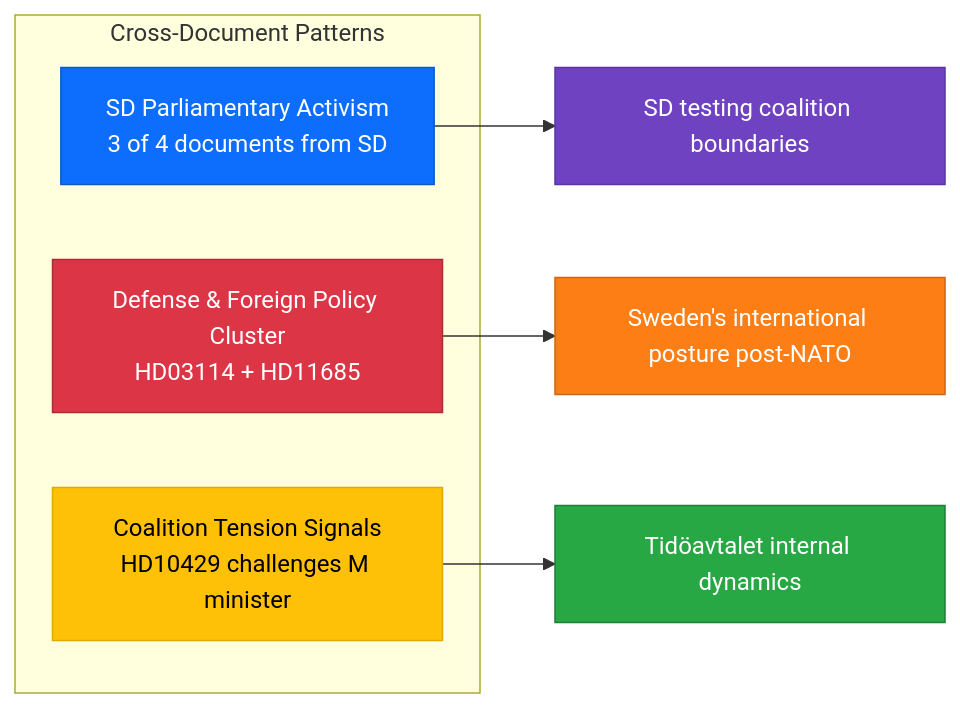
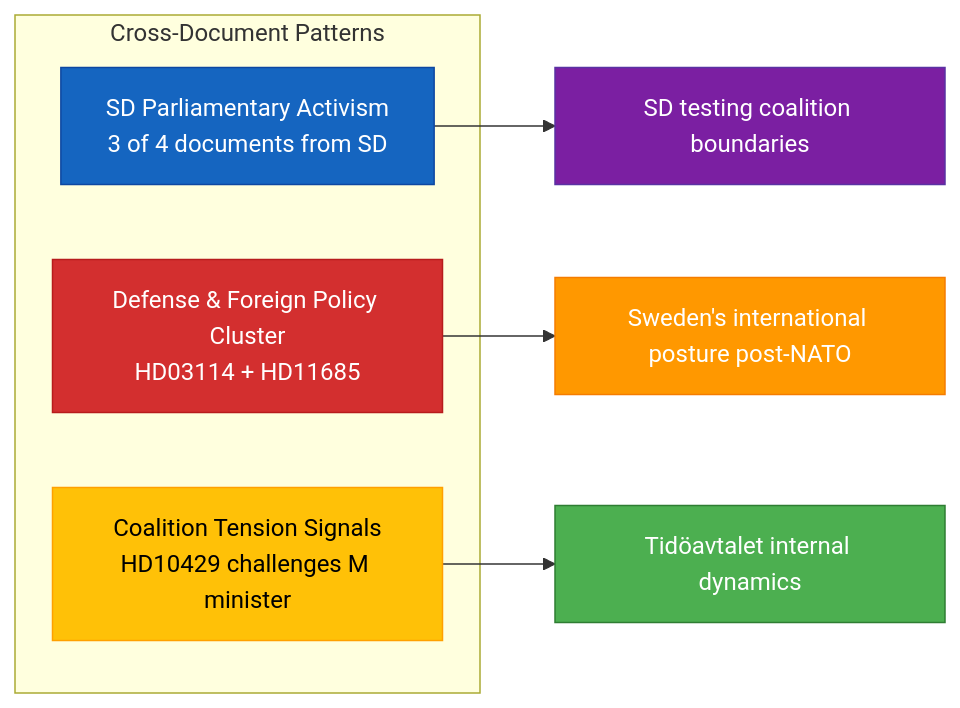
One commit to Hack23/riksdagsmonitor changed the second of 2 diagrams in analysis/daily/2026-04-07/realtime-1026/synthesis-summary.md. Above: the diagram before and after it, drawn with Mermaid. The commit also changed other lines of this file and 785 other files, not shown here.

First line of the commit message:
Normalize mermaid colors across 786 analysis artifacts to ISMS Style Guide palette

````diff
--- a/analysis/daily/2026-04-07/realtime-1026/synthesis-summary.md
+++ b/analysis/daily/2026-04-07/realtime-1026/synthesis-summary.md
@@ -72,19 +72,19 @@
 ```mermaid
 graph LR
     subgraph "Cross-Document Patterns"
         P1["SD Parliamentary Activism<br/>3 of 4 documents from SD"]
         P2["Defense & Foreign Policy Cluster<br/>HD03114 + HD11685"]
         P3["Coalition Tension Signals<br/>HD10429 challenges M minister"]
     end
 
     P1 --> C1["SD testing coalition boundaries"]
     P2 --> C2["Sweden's international posture post-NATO"]
     P3 --> C3["Tidöavtalet internal dynamics"]
 
-    style P1 fill:#0d6efd,stroke:#0a58ca,color:#fff
-    style P2 fill:#dc3545,stroke:#b02a37,color:#fff
-    style P3 fill:#ffc107,stroke:#e0a800,color:#000
-    style C1 fill:#6f42c1,stroke:#5a32a3,color:#fff
-    style C2 fill:#fd7e14,stroke:#ca6510,color:#fff
-    style C3 fill:#28a745,stroke:#1e7e34,color:#fff
+    style P1 fill:#1565C0,stroke:#0D47A1,color:#FFFFFF
+    style P2 fill:#D32F2F,stroke:#B71C1C,color:#FFFFFF
+    style P3 fill:#FFC107,stroke:#FFA000,color:#000000
+    style C1 fill:#7B1FA2,stroke:#5a32a3,color:#FFFFFF
+    style C2 fill:#FF9800,stroke:#F57C00,color:#FFFFFF
+    style C3 fill:#4CAF50,stroke:#2E7D32,color:#FFFFFF
 ```
````
